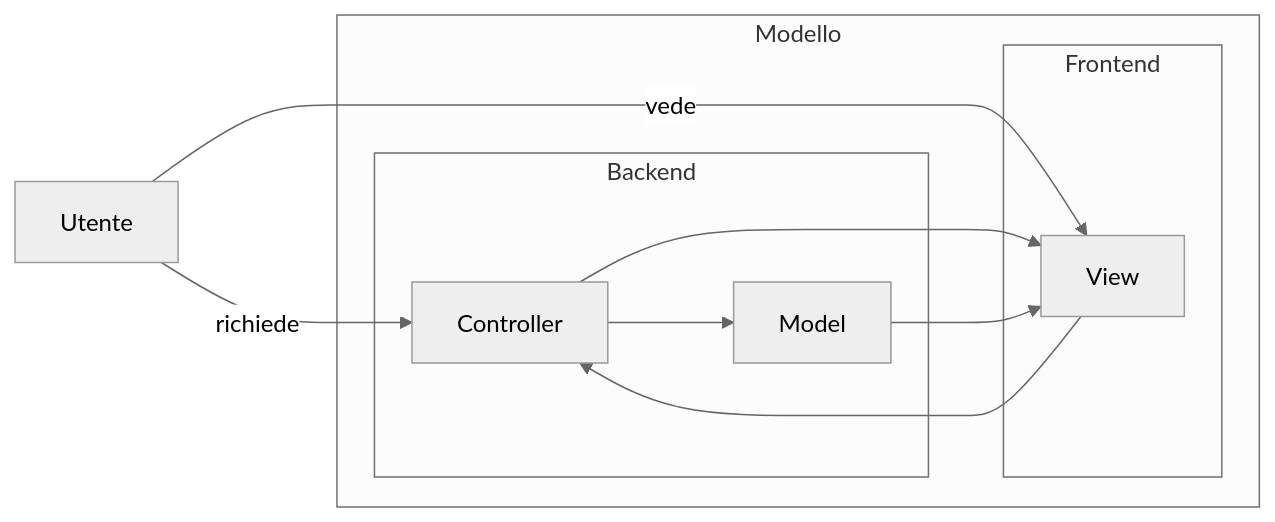
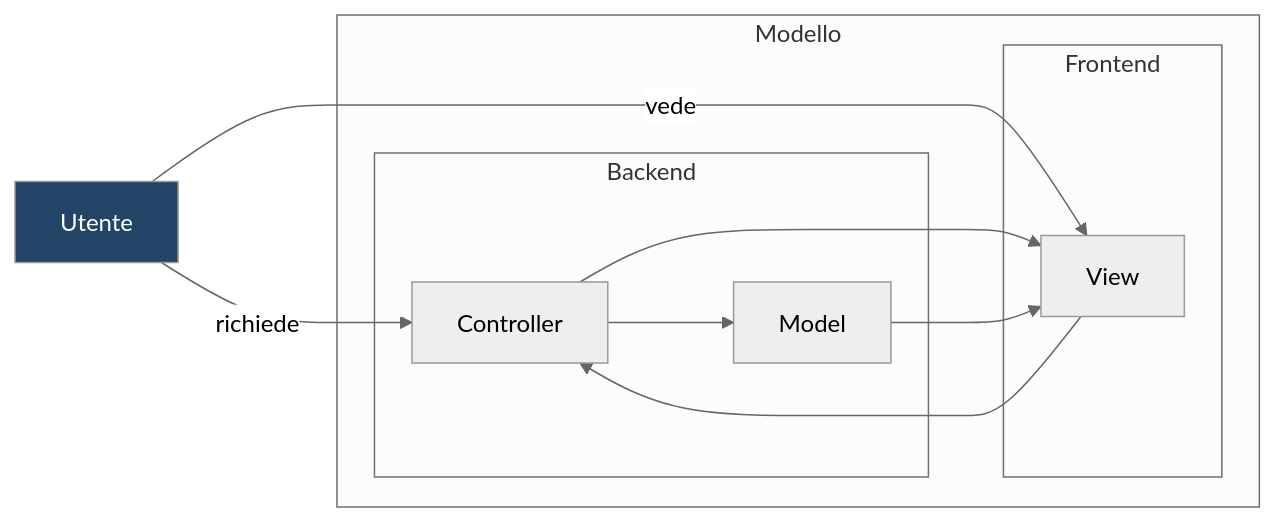
The first of 2 diagrams in slides/3.md (iacobucci/sviluppo_web_in_javascript), drawn with Mermaid before and after one commit. The commit also changed 7 other files, not shown here.

```diff
--- a/slides/3.md
+++ b/slides/3.md
@@ -39,17 +39,18 @@
 <div class="mermaid">
 %%{init: {'theme': 'neutral', 'mirrorActors': false} }%%
 flowchart LR
-	UTENTE[Utente] -->|richiede| CONTROLLER[Controller]
-	UTENTE -->|vede| VIEW
+	USER[Utente] -->|richiede| CONTROLLER[Controller]
+	USER -->|vede| VIEW
 	subgraph Modello
 		subgraph Backend
 			CONTROLLER --> MODEL[Model]
 		end
 		subgraph Frontend
 			VIEW[View]
 			CONTROLLER --> VIEW
 			VIEW --> CONTROLLER
 			MODEL --> VIEW
 		end
 	end
+	style USER fill:#224466,color:#fff
 </div>
```
